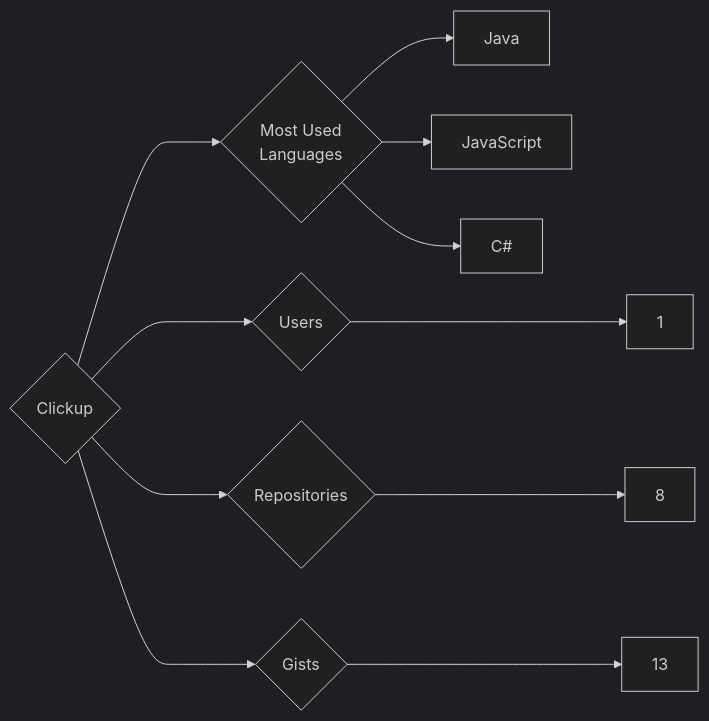
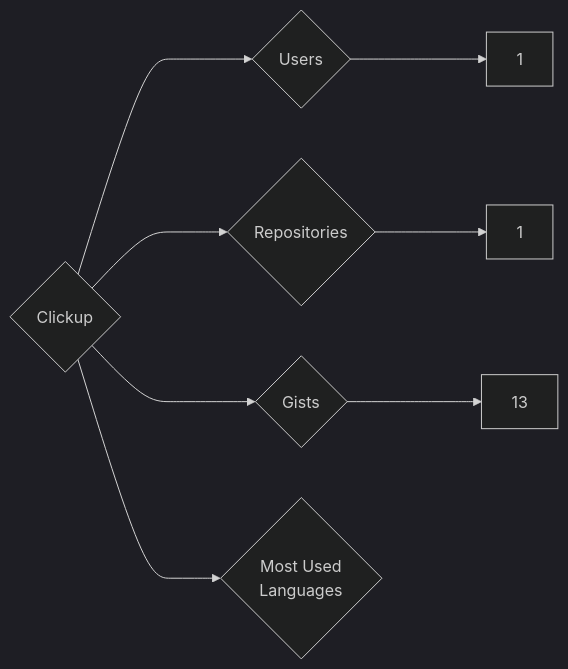
One commit to trickest/insiders changed the diagram in targets/Clickup/README.md. Above: the diagram before and after it, drawn with Mermaid (dark theme). The commit also changed 859 other files, not shown here.

````diff
--- a/targets/Clickup/README.md
+++ b/targets/Clickup/README.md
@@ -3,11 +3,8 @@
 ```mermaid
 graph LR
 COMPANY_NAME{Clickup}
 COMPANY_NAME ---> U{Users} ---> UN[1]
-COMPANY_NAME ---> R{Repositories} ---> RN[8]
+COMPANY_NAME ---> R{Repositories} ---> RN[1]
 COMPANY_NAME ---> G{Gists} ---> GN[13]
 COMPANY_NAME ---> ML{Most Used<br>Languages}
-ML --> Java[Java]
-ML --> JavaScript[JavaScript]
-ML --> C#[C#]
 ```
````
